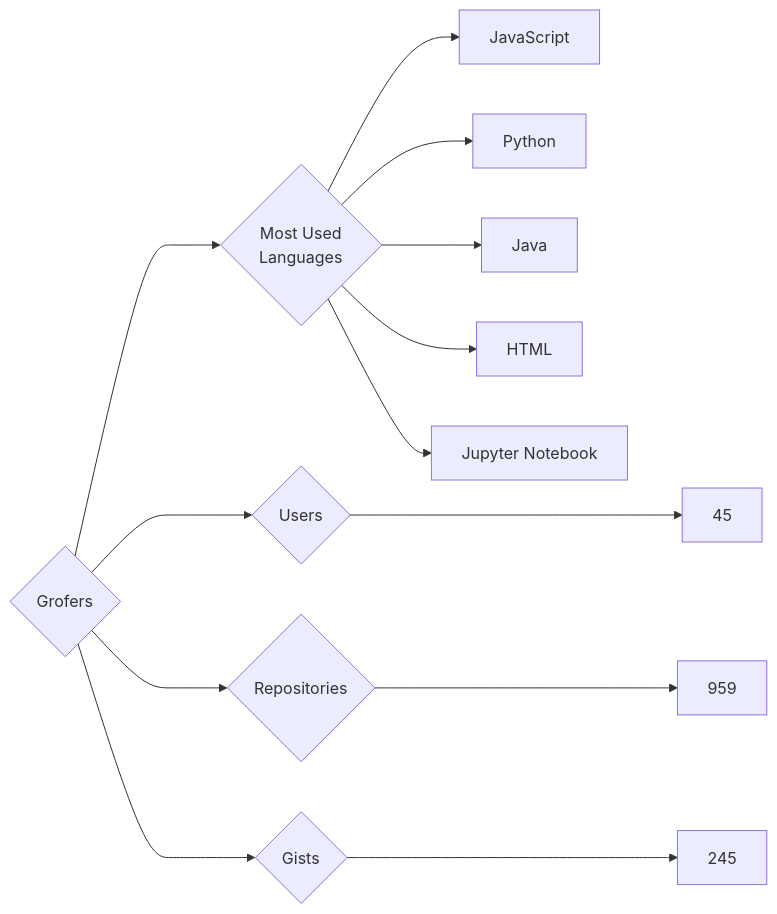
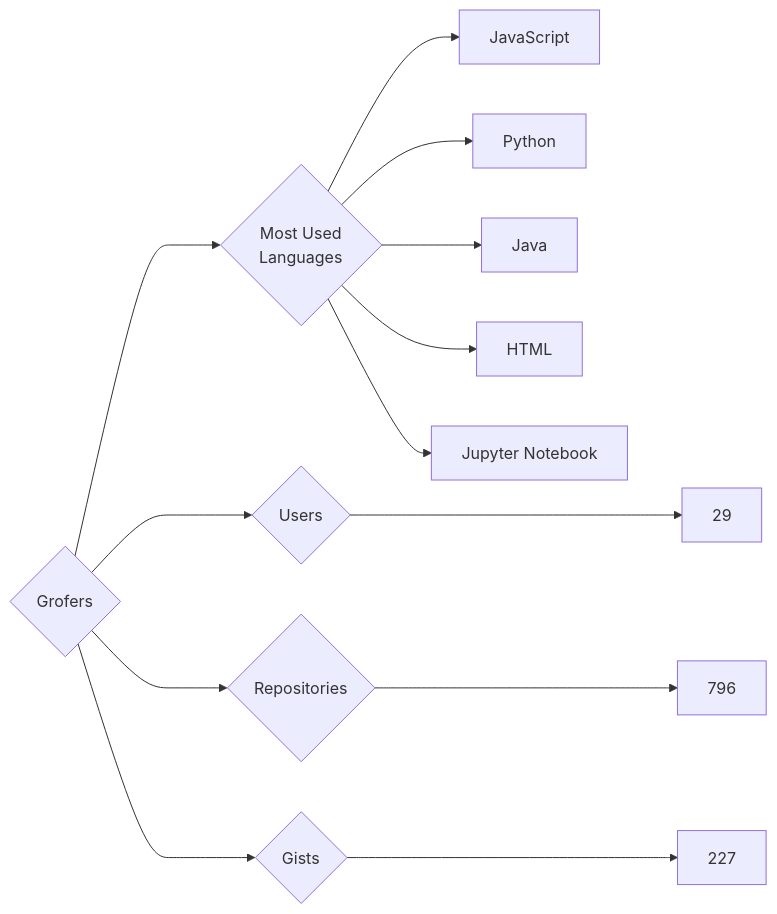
One commit to trickest/insiders changed the diagram in targets/Grofers/README.md. Above: the diagram before and after it, drawn with Mermaid. The commit also changed 757 other files, not shown here.

````diff
--- a/targets/Grofers/README.md
+++ b/targets/Grofers/README.md
@@ -3,13 +3,13 @@
 ```mermaid
 graph LR
 COMPANY_NAME{Grofers}
-COMPANY_NAME ---> U{Users} ---> UN[45]
-COMPANY_NAME ---> R{Repositories} ---> RN[959]
-COMPANY_NAME ---> G{Gists} ---> GN[245]
+COMPANY_NAME ---> U{Users} ---> UN[29]
+COMPANY_NAME ---> R{Repositories} ---> RN[796]
+COMPANY_NAME ---> G{Gists} ---> GN[227]
 COMPANY_NAME ---> ML{Most Used<br>Languages}
 ML --> JavaScript[JavaScript]
 ML --> Python[Python]
 ML --> Java[Java]
 ML --> HTML[HTML]
 ML --> Jupyter_Notebook[Jupyter Notebook]
 ```
````
